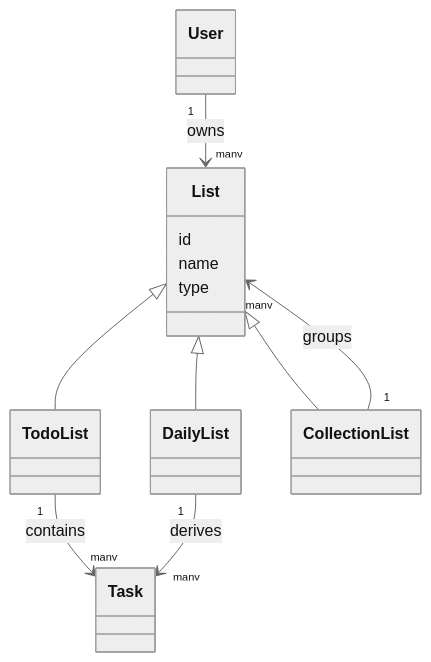
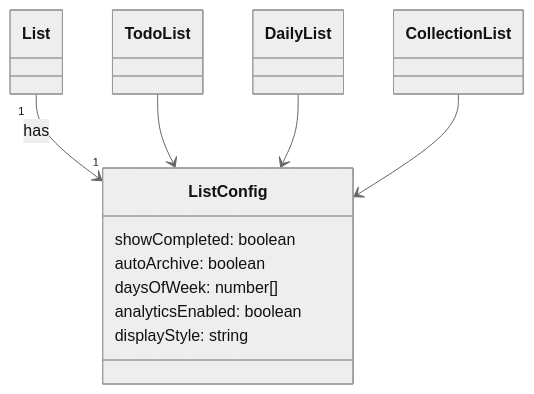
Before and after one commit to diegobraga92/OpenToDoApp: the second of 4 diagrams in docs/domain.md, drawn with Mermaid (neutral theme). The commit also changed other lines of this file and 3 other files, not shown here.

````diff
--- a/docs/domain.md
+++ b/docs/domain.md
@@ -98,18 +173,15 @@
 ```mermaid
 classDiagram
-  User "1" --> "many" List : owns
+  class ListConfig {
+    showCompleted: boolean
+    autoArchive: boolean
+    daysOfWeek: number[]
+    analyticsEnabled: boolean
+    displayStyle: string
+  }
 
-  List <|-- TodoList
-  List <|-- DailyList
-  List <|-- CollectionList
-
-  CollectionList "1" --> "many" List : groups
-  TodoList "1" --> "many" Task : contains
-  DailyList "1" --> "many" Task : derives
-
-  class List {
-    id
-    name
-    type
-  }
+  List "1" --> "1" ListConfig : has
+  TodoList --> ListConfig
+  DailyList --> ListConfig
+  CollectionList --> ListConfig
 ```
````
